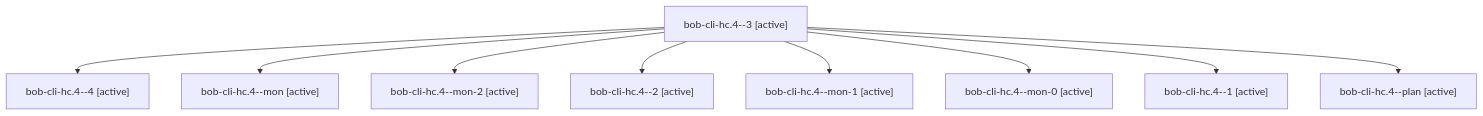
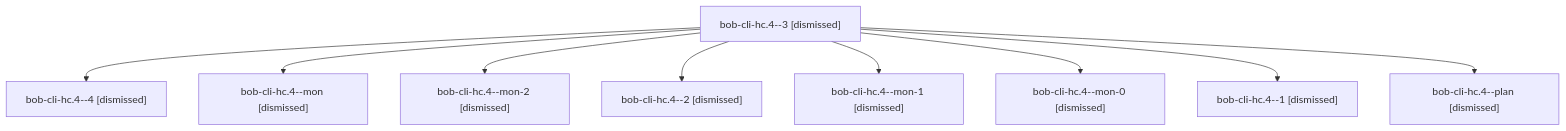
Before and after one commit to bobs-org/bob-cli--agents: the diagram in sessions/bbugyi200.apollo.bob-cli-hc.4.md, drawn with Mermaid. The commit also changed other lines of this file and 222 other files, not shown here.

````diff
--- a/sessions/bbugyi200.apollo.bob-cli-hc.4.md
+++ b/sessions/bbugyi200.apollo.bob-cli-hc.4.md
@@ -9,20 +9,20 @@
 ```mermaid
 flowchart TD
-  n0["bob-cli-hc.4--3 [active]"]
-  n1["bob-cli-hc.4--4 [active]"]
+  n0["bob-cli-hc.4--3 [dismissed]"]
+  n1["bob-cli-hc.4--4 [dismissed]"]
   n0 --> n1
-  n2["bob-cli-hc.4--mon [active]"]
+  n2["bob-cli-hc.4--mon [dismissed]"]
   n0 --> n2
-  n3["bob-cli-hc.4--mon-2 [active]"]
+  n3["bob-cli-hc.4--mon-2 [dismissed]"]
   n0 --> n3
-  n4["bob-cli-hc.4--2 [active]"]
+  n4["bob-cli-hc.4--2 [dismissed]"]
   n0 --> n4
-  n5["bob-cli-hc.4--mon-1 [active]"]
+  n5["bob-cli-hc.4--mon-1 [dismissed]"]
   n0 --> n5
-  n6["bob-cli-hc.4--mon-0 [active]"]
+  n6["bob-cli-hc.4--mon-0 [dismissed]"]
   n0 --> n6
-  n7["bob-cli-hc.4--1 [active]"]
+  n7["bob-cli-hc.4--1 [dismissed]"]
   n0 --> n7
-  n8["bob-cli-hc.4--plan [active]"]
+  n8["bob-cli-hc.4--plan [dismissed]"]
   n0 --> n8
 ```
````
